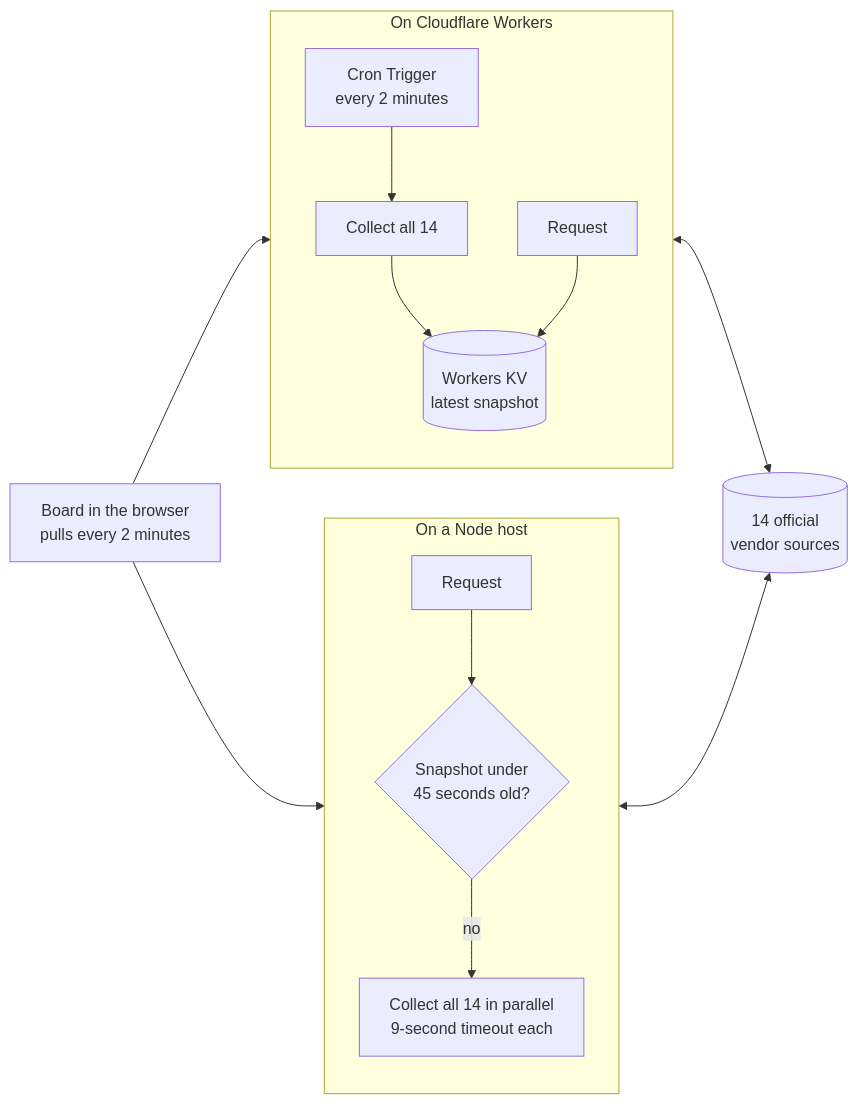
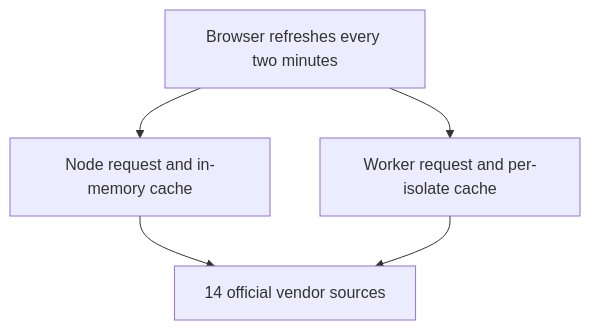
Before and after one commit to greenblacked/status-page: the diagram in README.md, drawn with Mermaid. The commit also changed other lines of this file and 31 other files, not shown here.

````diff
--- a/README.md
+++ b/README.md
@@ -117,23 +117,11 @@
 ```mermaid
-flowchart LR
-  vendors[("14 official<br/>vendor sources")]
-  browser["Board in the browser<br/>pulls every 2 minutes"]
-
-  subgraph node ["On a Node host"]
-    direction TB
-    nreq["Request"] --> memo{"Snapshot under<br/>45 seconds old?"}
-    memo -->|no| nsweep["Collect all 14 in parallel<br/>9-second timeout each"]
-  end
-
-  subgraph workers ["On Cloudflare Workers"]
-    direction TB
-    cron["Cron Trigger<br/>every 2 minutes"] --> wsweep["Collect all 14"]
-    wsweep --> kv[("Workers KV<br/>latest snapshot")]
-    wreq["Request"] --> kv
-  end
-
-  browser --> nreq
-  browser --> wreq
-  nsweep <--> vendors
-  wsweep <--> vendors
+flowchart TB
+  vendors["14 official vendor sources"]
+  node["Node request and in-memory cache"]
+  worker["Worker request and per-isolate cache"]
+  browser["Browser refreshes every two minutes"]
+  browser --> node
+  browser --> worker
+  node --> vendors
+  worker --> vendors
 ```
````
